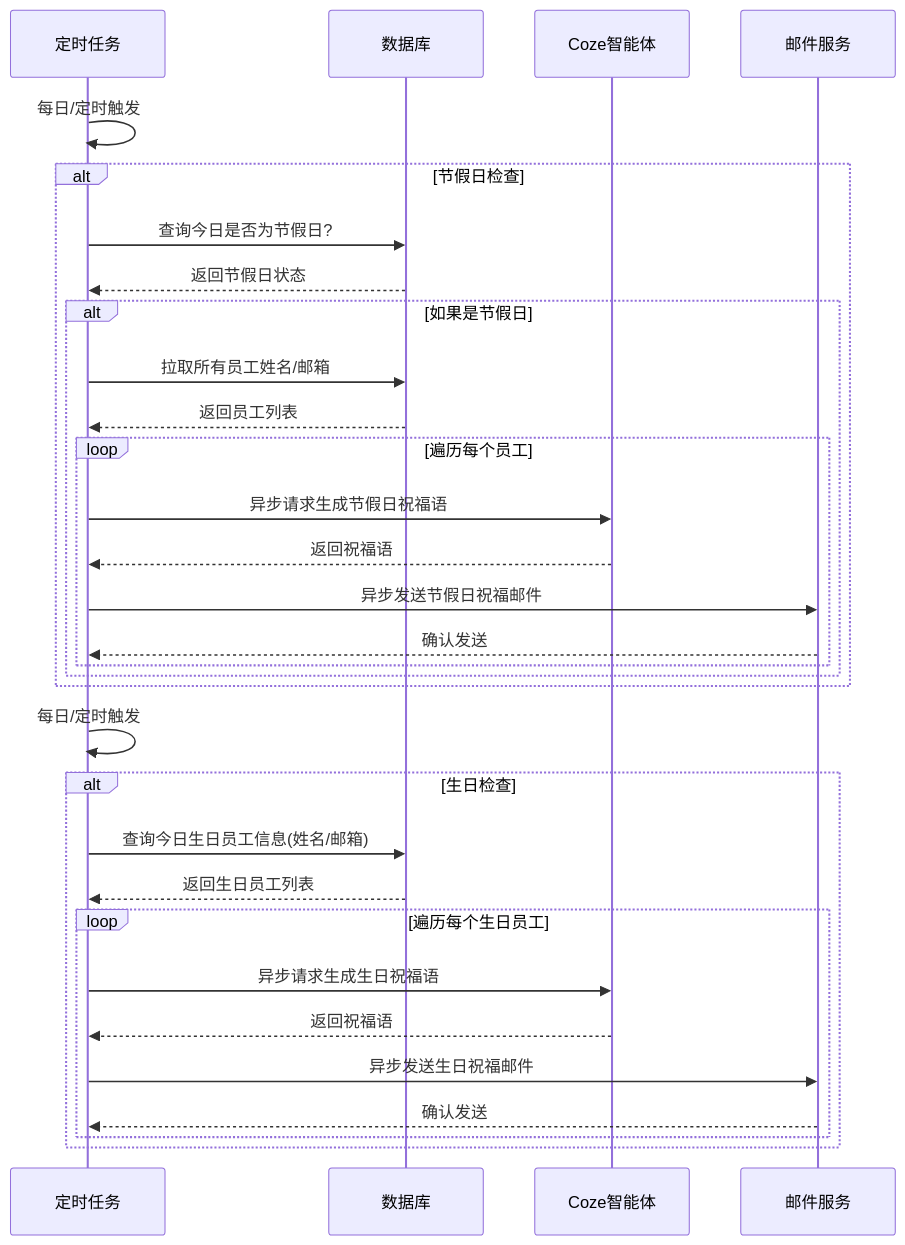
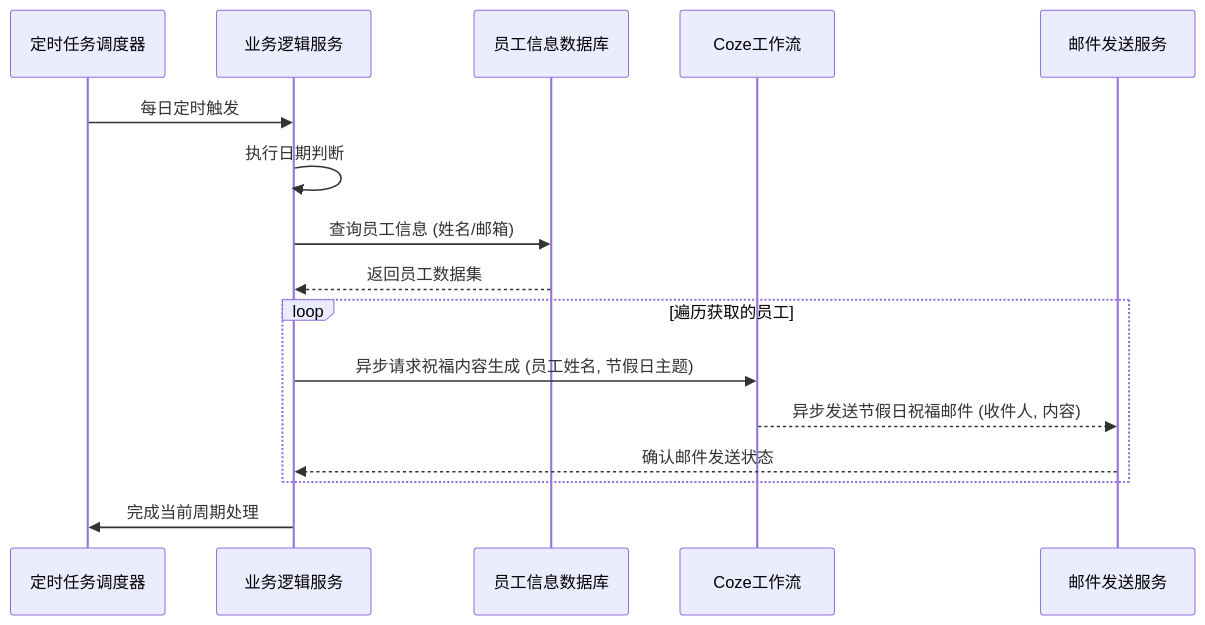
Before and after one commit to kotvaer/email-send: the diagram in md/sequence.md, drawn with Mermaid. The commit also changed 5 other files, not shown here.

`````diff
--- a/md/sequence.md
+++ b/md/sequence.md
@@ -1,35 +1,19 @@
 ````mermaid
 sequenceDiagram
-    participant 定时任务
-    participant 数据库
-    participant Coze智能体
-    participant 邮件服务
-
-    定时任务->>定时任务: 每日/定时触发
-    alt 节假日检查
-        定时任务->>数据库: 查询今日是否为节假日?
-        数据库-->>定时任务: 返回节假日状态
-        alt 如果是节假日
-            定时任务->>数据库: 拉取所有员工姓名/邮箱
-            数据库-->>定时任务: 返回员工列表
-            loop 遍历每个员工
-                定时任务->>Coze智能体: 异步请求生成节假日祝福语
-                Coze智能体-->>定时任务: 返回祝福语
-                定时任务->>邮件服务: 异步发送节假日祝福邮件
-                邮件服务-->>定时任务: 确认发送
-            end
-        end
+    participant 定时任务调度器
+    participant 业务逻辑服务
+    participant 员工信息数据库
+    participant Coze工作流
+    participant 邮件发送服务
+    定时任务调度器 ->> 业务逻辑服务: 每日定时触发
+    业务逻辑服务 ->> 业务逻辑服务: 执行日期判断 
+    业务逻辑服务 ->> 员工信息数据库: 查询员工信息 (姓名/邮箱)
+    员工信息数据库 -->> 业务逻辑服务: 返回员工数据集
+    loop 遍历获取的员工
+        业务逻辑服务 ->> Coze工作流: 异步请求祝福内容生成 (员工姓名, 节假日主题)
+        Coze工作流 -->> 邮件发送服务: 异步发送节假日祝福邮件 (收件人, 内容)
+        邮件发送服务 -->> 业务逻辑服务: 确认邮件发送状态
     end
 
-    定时任务->>定时任务: 每日/定时触发
-    alt 生日检查
-        定时任务->>数据库: 查询今日生日员工信息(姓名/邮箱)
-        数据库-->>定时任务: 返回生日员工列表
-        loop 遍历每个生日员工
-            定时任务->>Coze智能体: 异步请求生成生日祝福语
-            Coze智能体-->>定时任务: 返回祝福语
-            定时任务->>邮件服务: 异步发送生日祝福邮件
-            邮件服务-->>定时任务: 确认发送
-        end
-    end
+    业务逻辑服务 ->> 定时任务调度器: 完成当前周期处理
 ````
`````
